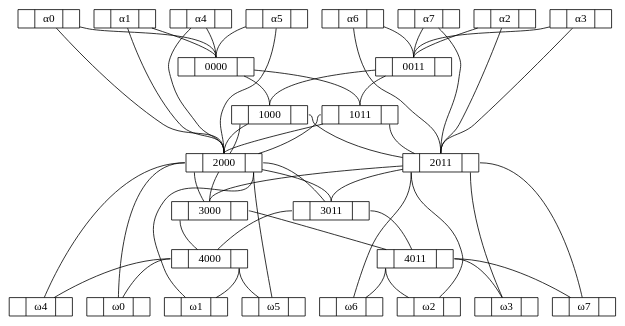
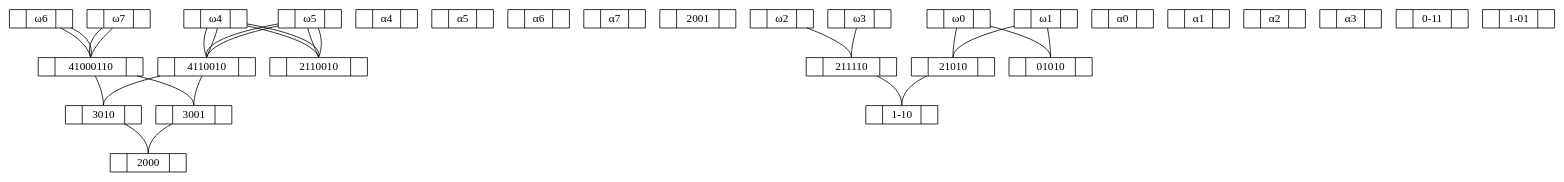
One commit to grootstebozewolf/networks changed the diagram in 8 binairy tree general.gv. Above: the diagram before and after it, drawn with Graphviz. The commit also changed 6 other files, not shown here.

```diff
--- a/8 binairy tree general.gv
+++ b/8 binairy tree general.gv
@@ -1,92 +1,82 @@
 graph "8 binairy tree general" {
 	node [height=.1 shape=record]
+	3010 -- 2000:f1
+	4110010 -- 3010:f1
+	"ω100" -- 4110010:f1
+	"ω100" [label="<f0> |<f1> ω4|<f2>"]
+	"ω101" -- 4110010:f1
+	"ω101" [label="<f0> |<f1> ω5|<f2>"]
+	"α100" [label="<f0> |<f1> α4|<f2>"]
+	"α101" [label="<f0> |<f1> α5|<f2>"]
+	4110010 [label="<f0> |<f1> 4110010|<f2>"]
+	41000110 -- 3010:f1
+	"ω110" -- 41000110:f1
+	"ω110" [label="<f0> |<f1> ω6|<f2>"]
+	"ω111" -- 41000110:f1
+	"ω111" [label="<f0> |<f1> ω7|<f2>"]
+	"α110" [label="<f0> |<f1> α6|<f2>"]
+	"α111" [label="<f0> |<f1> α7|<f2>"]
+	41000110 [label="<f0> |<f1> 41000110|<f2>"]
+	"ω100" -- 2110010:f1
+	"ω100" [label="<f0> |<f1> ω4|<f2>"]
+	"ω101" -- 2110010:f1
+	"ω101" [label="<f0> |<f1> ω5|<f2>"]
+	"α100" [label="<f0> |<f1> α4|<f2>"]
+	"α101" [label="<f0> |<f1> α5|<f2>"]
+	2110010 [label="<f0> |<f1> 2110010|<f2>"]
+	2001 [label="<f0> |<f1> 2001|<f2>"]
+	3010 [label="<f0> |<f1> 3010|<f2>"]
+	3001 -- 2000:f1
+	4110010 -- 3001:f1
+	"ω100" -- 4110010:f1
+	"ω100" [label="<f0> |<f1> ω4|<f2>"]
+	"ω101" -- 4110010:f1
+	"ω101" [label="<f0> |<f1> ω5|<f2>"]
+	"α100" [label="<f0> |<f1> α4|<f2>"]
+	"α101" [label="<f0> |<f1> α5|<f2>"]
+	4110010 [label="<f0> |<f1> 4110010|<f2>"]
+	41000110 -- 3001:f1
+	"ω110" -- 41000110:f1
+	"ω110" [label="<f0> |<f1> ω6|<f2>"]
+	"ω111" -- 41000110:f1
+	"ω111" [label="<f0> |<f1> ω7|<f2>"]
+	"α110" [label="<f0> |<f1> α6|<f2>"]
+	"α111" [label="<f0> |<f1> α7|<f2>"]
+	41000110 [label="<f0> |<f1> 41000110|<f2>"]
+	"ω100" -- 2110010:f1
+	"ω100" [label="<f0> |<f1> ω4|<f2>"]
+	"ω101" -- 2110010:f1
+	"ω101" [label="<f0> |<f1> ω5|<f2>"]
+	"α100" [label="<f0> |<f1> α4|<f2>"]
+	"α101" [label="<f0> |<f1> α5|<f2>"]
+	2110010 [label="<f0> |<f1> 2110010|<f2>"]
+	2000 [label="<f0> |<f1> 2000|<f2>"]
+	3001 [label="<f0> |<f1> 3001|<f2>"]
+	21010 -- "1-10":f1
+	"ω000" -- 21010:f1
+	"ω000" [label="<f0> |<f1> ω0|<f2>"]
+	"ω001" -- 21010:f1
+	"ω001" [label="<f0> |<f1> ω1|<f2>"]
 	"α000" [label="<f0> |<f1> α0|<f2>"]
+	"α001" [label="<f0> |<f1> α1|<f2>"]
+	21010 [label="<f0> |<f1> 21010|<f2>"]
+	211110 -- "1-10":f1
+	"ω010" -- 211110:f1
+	"ω010" [label="<f0> |<f1> ω2|<f2>"]
+	"ω011" -- 211110:f1
+	"ω011" [label="<f0> |<f1> ω3|<f2>"]
+	"α010" [label="<f0> |<f1> α2|<f2>"]
+	"α011" [label="<f0> |<f1> α3|<f2>"]
+	211110 [label="<f0> |<f1> 211110|<f2>"]
+	"ω000" -- 01010:f1
 	"ω000" [label="<f0> |<f1> ω0|<f2>"]
+	"ω001" -- 01010:f1
+	"ω001" [label="<f0> |<f1> ω1|<f2>"]
+	"α000" [label="<f0> |<f1> α0|<f2>"]
 	"α001" [label="<f0> |<f1> α1|<f2>"]
-	"ω001" [label="<f0> |<f1> ω1|<f2>"]
-	"α010" [label="<f0> |<f1> α2|<f2>"]
-	"ω010" [label="<f0> |<f1> ω2|<f2>"]
-	"α011" [label="<f0> |<f1> α3|<f2>"]
-	"ω011" [label="<f0> |<f1> ω3|<f2>"]
-	"α100" [label="<f0> |<f1> α4|<f2>"]
-	"ω100" [label="<f0> |<f1> ω4|<f2>"]
-	"α101" [label="<f0> |<f1> α5|<f2>"]
-	"ω101" [label="<f0> |<f1> ω5|<f2>"]
-	"α110" [label="<f0> |<f1> α6|<f2>"]
-	"ω110" [label="<f0> |<f1> ω6|<f2>"]
-	"α111" [label="<f0> |<f1> α7|<f2>"]
-	"ω111" [label="<f0> |<f1> ω7|<f2>"]
-	0000 [label="<f0> |<f1> 0000|<f2>"]
-	"α000" -- 0000:f1
-	"α001" -- 0000:f1
-	0011 [label="<f0> |<f1> 0011|<f2>"]
-	"α010" -- 0011:f1
-	"α011" -- 0011:f1
+	01010 [label="<f0> |<f1> 01010|<f2>"]
+	"0-11" [label="<f0> |<f1> 0-11|<f2>"]
+	"1-10" [label="<f0> |<f1> 1-10|<f2>"]
+	"1-01" [label="<f0> |<f1> 1-01|<f2>"]
 	2000 [label="<f0> |<f1> 2000|<f2>"]
-	2000:f0 -- "ω000"
-	2000:f2 -- "ω001"
-	2011 [label="<f0> |<f1> 2011|<f2>"]
-	2011:f0 -- "ω010"
-	2011:f2 -- "ω011"
-	1000 [label="<f0> |<f1> 1000|<f2>"]
-	0000 -- 1000:f1
-	0011 -- 1000:f1
-	1000:f0 -- 2000
-	1000:f2 -- 2011
-	0000 [label="<f0> |<f1> 0000|<f2>"]
-	"α100" -- 0000:f1
-	"α101" -- 0000:f1
-	0011 [label="<f0> |<f1> 0011|<f2>"]
-	"α110" -- 0011:f1
-	"α111" -- 0011:f1
-	2000 [label="<f0> |<f1> 2000|<f2>"]
-	2000:f0 -- "ω100"
-	2000:f2 -- "ω101"
-	2011 [label="<f0> |<f1> 2011|<f2>"]
-	2011:f0 -- "ω110"
-	2011:f2 -- "ω111"
-	1011 [label="<f0> |<f1> 1011|<f2>"]
-	0000 -- 1011:f1
-	0011 -- 1011:f1
-	1011:f0 -- 2000
-	1011:f2 -- 2011
-	2000 [label="<f0> |<f1> 2000|<f2>"]
-	"α000" -- 2000:f1
-	"α001" -- 2000:f1
-	2011 [label="<f0> |<f1> 2011|<f2>"]
-	"α010" -- 2011:f1
-	"α011" -- 2011:f1
-	4000 [label="<f0> |<f1> 4000|<f2>"]
-	4000:f0 -- "ω000"
-	4000:f2 -- "ω001"
-	4011 [label="<f0> |<f1> 4011|<f2>"]
-	4011:f0 -- "ω010"
-	4011:f2 -- "ω011"
-	3000 [label="<f0> |<f1> 3000|<f2>"]
-	2000 -- 3000:f1
-	2011 -- 3000:f1
-	3000:f0 -- 4000
-	3000:f2 -- 4011
-	2000 [label="<f0> |<f1> 2000|<f2>"]
-	"α100" -- 2000:f1
-	"α101" -- 2000:f1
-	2011 [label="<f0> |<f1> 2011|<f2>"]
-	"α110" -- 2011:f1
-	"α111" -- 2011:f1
-	4000 [label="<f0> |<f1> 4000|<f2>"]
-	4000:f0 -- "ω100"
-	4000:f2 -- "ω101"
-	4011 [label="<f0> |<f1> 4011|<f2>"]
-	4011:f0 -- "ω110"
-	4011:f2 -- "ω111"
-	3011 [label="<f0> |<f1> 3011|<f2>"]
-	2000 -- 3011:f1
-	2011 -- 3011:f1
-	3011:f0 -- 4000
-	3011:f2 -- 4011
-	2000 [label="<f0> |<f1> 2000|<f2>"]
-	1000 -- 2000:f1
-	1011 -- 2000:f1
-	2000:f0 -- 3000
-	2000:f2 -- 3011
 }
```
